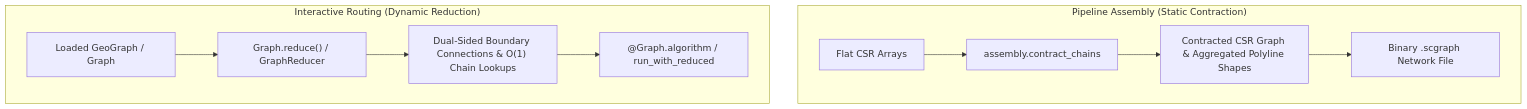
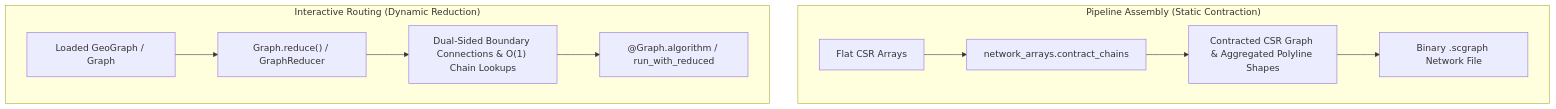
One commit to connor-makowski/scgraph changed the third of 4 diagrams in ARCHITECTURE.md. Above: the diagram before and after it, drawn with Mermaid. The commit also changed other lines of this file and 48 other files, not shown here.

````diff
--- a/ARCHITECTURE.md
+++ b/ARCHITECTURE.md
@@ -204,13 +204,13 @@
 ```mermaid
 flowchart TD
     subgraph BuildTime["Pipeline Assembly (Static Contraction)"]
-        A["Flat CSR Arrays"] --> B["assembly.contract_chains"]
+        A["Flat CSR Arrays"] --> B["network_arrays.contract_chains"]
         B --> C["Contracted CSR Graph & Aggregated Polyline Shapes"]
         C --> D["Binary .scgraph Network File"]
     end
     subgraph QueryTime["Interactive Routing (Dynamic Reduction)"]
         E["Loaded GeoGraph / Graph"] --> F["Graph.reduce() / GraphReducer"]
         F --> G["Dual-Sided Boundary Connections & O(1) Chain Lookups"]
         G --> H["@Graph.algorithm / run_with_reduced"]
     end
 ```
````
